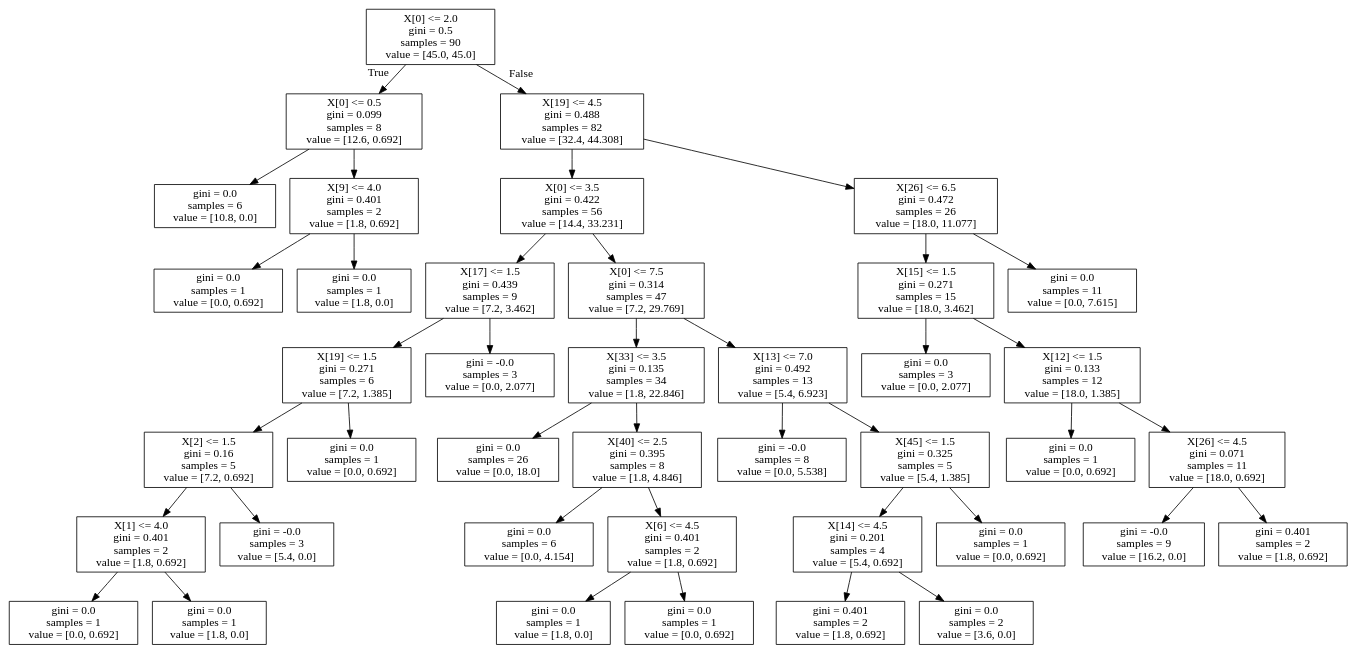
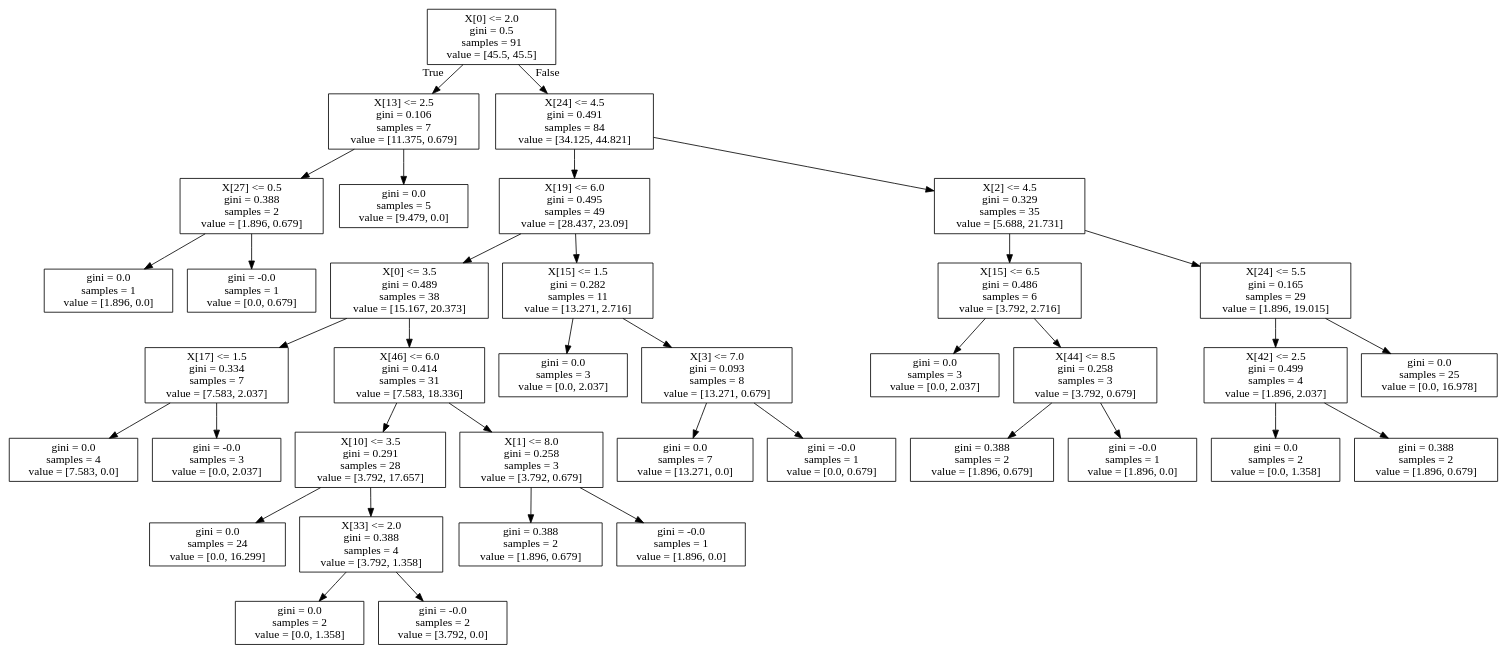
One commit to suleSyl/Tahminleme changed the diagram in tree.dot. Above: the diagram before and after it, drawn with Graphviz. The commit also changed 2 other files, not shown here.

```diff
--- a/tree.dot
+++ b/tree.dot
@@ -1,84 +1,76 @@
 digraph Tree {
 node [shape=box] ;
-0 [label="X[0] <= 2.0\ngini = 0.5\nsamples = 90\nvalue = [45.0, 45.0]"] ;
-1 [label="X[0] <= 0.5\ngini = 0.099\nsamples = 8\nvalue = [12.6, 0.692]"] ;
+0 [label="X[0] <= 2.0\ngini = 0.5\nsamples = 91\nvalue = [45.5, 45.5]"] ;
+1 [label="X[13] <= 2.5\ngini = 0.106\nsamples = 7\nvalue = [11.375, 0.679]"] ;
 0 -> 1 [labeldistance=2.5, labelangle=45, headlabel="True"] ;
-2 [label="gini = 0.0\nsamples = 6\nvalue = [10.8, 0.0]"] ;
+2 [label="X[27] <= 0.5\ngini = 0.388\nsamples = 2\nvalue = [1.896, 0.679]"] ;
 1 -> 2 ;
-3 [label="X[9] <= 4.0\ngini = 0.401\nsamples = 2\nvalue = [1.8, 0.692]"] ;
-1 -> 3 ;
-4 [label="gini = 0.0\nsamples = 1\nvalue = [0.0, 0.692]"] ;
-3 -> 4 ;
-5 [label="gini = 0.0\nsamples = 1\nvalue = [1.8, 0.0]"] ;
-3 -> 5 ;
-6 [label="X[19] <= 4.5\ngini = 0.488\nsamples = 82\nvalue = [32.4, 44.308]"] ;
+3 [label="gini = 0.0\nsamples = 1\nvalue = [1.896, 0.0]"] ;
+2 -> 3 ;
+4 [label="gini = -0.0\nsamples = 1\nvalue = [0.0, 0.679]"] ;
+2 -> 4 ;
+5 [label="gini = 0.0\nsamples = 5\nvalue = [9.479, 0.0]"] ;
+1 -> 5 ;
+6 [label="X[24] <= 4.5\ngini = 0.491\nsamples = 84\nvalue = [34.125, 44.821]"] ;
 0 -> 6 [labeldistance=2.5, labelangle=-45, headlabel="False"] ;
-7 [label="X[0] <= 3.5\ngini = 0.422\nsamples = 56\nvalue = [14.4, 33.231]"] ;
+7 [label="X[19] <= 6.0\ngini = 0.495\nsamples = 49\nvalue = [28.437, 23.09]"] ;
 6 -> 7 ;
-8 [label="X[17] <= 1.5\ngini = 0.439\nsamples = 9\nvalue = [7.2, 3.462]"] ;
+8 [label="X[0] <= 3.5\ngini = 0.489\nsamples = 38\nvalue = [15.167, 20.373]"] ;
 7 -> 8 ;
-9 [label="X[19] <= 1.5\ngini = 0.271\nsamples = 6\nvalue = [7.2, 1.385]"] ;
+9 [label="X[17] <= 1.5\ngini = 0.334\nsamples = 7\nvalue = [7.583, 2.037]"] ;
 8 -> 9 ;
-10 [label="X[2] <= 1.5\ngini = 0.16\nsamples = 5\nvalue = [7.2, 0.692]"] ;
+10 [label="gini = 0.0\nsamples = 4\nvalue = [7.583, 0.0]"] ;
 9 -> 10 ;
-11 [label="X[1] <= 4.0\ngini = 0.401\nsamples = 2\nvalue = [1.8, 0.692]"] ;
-10 -> 11 ;
-12 [label="gini = 0.0\nsamples = 1\nvalue = [0.0, 0.692]"] ;
-11 -> 12 ;
-13 [label="gini = 0.0\nsamples = 1\nvalue = [1.8, 0.0]"] ;
-11 -> 13 ;
-14 [label="gini = -0.0\nsamples = 3\nvalue = [5.4, 0.0]"] ;
-10 -> 14 ;
-15 [label="gini = 0.0\nsamples = 1\nvalue = [0.0, 0.692]"] ;
-9 -> 15 ;
-16 [label="gini = -0.0\nsamples = 3\nvalue = [0.0, 2.077]"] ;
-8 -> 16 ;
-17 [label="X[0] <= 7.5\ngini = 0.314\nsamples = 47\nvalue = [7.2, 29.769]"] ;
-7 -> 17 ;
-18 [label="X[33] <= 3.5\ngini = 0.135\nsamples = 34\nvalue = [1.8, 22.846]"] ;
-17 -> 18 ;
-19 [label="gini = 0.0\nsamples = 26\nvalue = [0.0, 18.0]"] ;
+11 [label="gini = -0.0\nsamples = 3\nvalue = [0.0, 2.037]"] ;
+9 -> 11 ;
+12 [label="X[46] <= 6.0\ngini = 0.414\nsamples = 31\nvalue = [7.583, 18.336]"] ;
+8 -> 12 ;
+13 [label="X[10] <= 3.5\ngini = 0.291\nsamples = 28\nvalue = [3.792, 17.657]"] ;
+12 -> 13 ;
+14 [label="gini = 0.0\nsamples = 24\nvalue = [0.0, 16.299]"] ;
+13 -> 14 ;
+15 [label="X[33] <= 2.0\ngini = 0.388\nsamples = 4\nvalue = [3.792, 1.358]"] ;
+13 -> 15 ;
+16 [label="gini = 0.0\nsamples = 2\nvalue = [0.0, 1.358]"] ;
+15 -> 16 ;
+17 [label="gini = -0.0\nsamples = 2\nvalue = [3.792, 0.0]"] ;
+15 -> 17 ;
+18 [label="X[1] <= 8.0\ngini = 0.258\nsamples = 3\nvalue = [3.792, 0.679]"] ;
+12 -> 18 ;
+19 [label="gini = 0.388\nsamples = 2\nvalue = [1.896, 0.679]"] ;
 18 -> 19 ;
-20 [label="X[40] <= 2.5\ngini = 0.395\nsamples = 8\nvalue = [1.8, 4.846]"] ;
+20 [label="gini = -0.0\nsamples = 1\nvalue = [1.896, 0.0]"] ;
 18 -> 20 ;
-21 [label="gini = 0.0\nsamples = 6\nvalue = [0.0, 4.154]"] ;
-20 -> 21 ;
-22 [label="X[6] <= 4.5\ngini = 0.401\nsamples = 2\nvalue = [1.8, 0.692]"] ;
-20 -> 22 ;
-23 [label="gini = 0.0\nsamples = 1\nvalue = [1.8, 0.0]"] ;
-22 -> 23 ;
-24 [label="gini = 0.0\nsamples = 1\nvalue = [0.0, 0.692]"] ;
-22 -> 24 ;
-25 [label="X[13] <= 7.0\ngini = 0.492\nsamples = 13\nvalue = [5.4, 6.923]"] ;
-17 -> 25 ;
-26 [label="gini = -0.0\nsamples = 8\nvalue = [0.0, 5.538]"] ;
-25 -> 26 ;
-27 [label="X[45] <= 1.5\ngini = 0.325\nsamples = 5\nvalue = [5.4, 1.385]"] ;
-25 -> 27 ;
-28 [label="X[14] <= 4.5\ngini = 0.201\nsamples = 4\nvalue = [5.4, 0.692]"] ;
+21 [label="X[15] <= 1.5\ngini = 0.282\nsamples = 11\nvalue = [13.271, 2.716]"] ;
+7 -> 21 ;
+22 [label="gini = 0.0\nsamples = 3\nvalue = [0.0, 2.037]"] ;
+21 -> 22 ;
+23 [label="X[3] <= 7.0\ngini = 0.093\nsamples = 8\nvalue = [13.271, 0.679]"] ;
+21 -> 23 ;
+24 [label="gini = 0.0\nsamples = 7\nvalue = [13.271, 0.0]"] ;
+23 -> 24 ;
+25 [label="gini = -0.0\nsamples = 1\nvalue = [0.0, 0.679]"] ;
+23 -> 25 ;
+26 [label="X[2] <= 4.5\ngini = 0.329\nsamples = 35\nvalue = [5.688, 21.731]"] ;
+6 -> 26 ;
+27 [label="X[15] <= 6.5\ngini = 0.486\nsamples = 6\nvalue = [3.792, 2.716]"] ;
+26 -> 27 ;
+28 [label="gini = 0.0\nsamples = 3\nvalue = [0.0, 2.037]"] ;
 27 -> 28 ;
-29 [label="gini = 0.401\nsamples = 2\nvalue = [1.8, 0.692]"] ;
-28 -> 29 ;
-30 [label="gini = 0.0\nsamples = 2\nvalue = [3.6, 0.0]"] ;
-28 -> 30 ;
-31 [label="gini = 0.0\nsamples = 1\nvalue = [0.0, 0.692]"] ;
-27 -> 31 ;
-32 [label="X[26] <= 6.5\ngini = 0.472\nsamples = 26\nvalue = [18.0, 11.077]"] ;
-6 -> 32 ;
-33 [label="X[15] <= 1.5\ngini = 0.271\nsamples = 15\nvalue = [18.0, 3.462]"] ;
+29 [label="X[44] <= 8.5\ngini = 0.258\nsamples = 3\nvalue = [3.792, 0.679]"] ;
+27 -> 29 ;
+30 [label="gini = 0.388\nsamples = 2\nvalue = [1.896, 0.679]"] ;
+29 -> 30 ;
+31 [label="gini = -0.0\nsamples = 1\nvalue = [1.896, 0.0]"] ;
+29 -> 31 ;
+32 [label="X[24] <= 5.5\ngini = 0.165\nsamples = 29\nvalue = [1.896, 19.015]"] ;
+26 -> 32 ;
+33 [label="X[42] <= 2.5\ngini = 0.499\nsamples = 4\nvalue = [1.896, 2.037]"] ;
 32 -> 33 ;
-34 [label="gini = 0.0\nsamples = 3\nvalue = [0.0, 2.077]"] ;
+34 [label="gini = 0.0\nsamples = 2\nvalue = [0.0, 1.358]"] ;
 33 -> 34 ;
-35 [label="X[12] <= 1.5\ngini = 0.133\nsamples = 12\nvalue = [18.0, 1.385]"] ;
+35 [label="gini = 0.388\nsamples = 2\nvalue = [1.896, 0.679]"] ;
 33 -> 35 ;
-36 [label="gini = 0.0\nsamples = 1\nvalue = [0.0, 0.692]"] ;
-35 -> 36 ;
-37 [label="X[26] <= 4.5\ngini = 0.071\nsamples = 11\nvalue = [18.0, 0.692]"] ;
-35 -> 37 ;
-38 [label="gini = -0.0\nsamples = 9\nvalue = [16.2, 0.0]"] ;
-37 -> 38 ;
-39 [label="gini = 0.401\nsamples = 2\nvalue = [1.8, 0.692]"] ;
-37 -> 39 ;
-40 [label="gini = 0.0\nsamples = 11\nvalue = [0.0, 7.615]"] ;
-32 -> 40 ;
+36 [label="gini = 0.0\nsamples = 25\nvalue = [0.0, 16.978]"] ;
+32 -> 36 ;
 }
```
